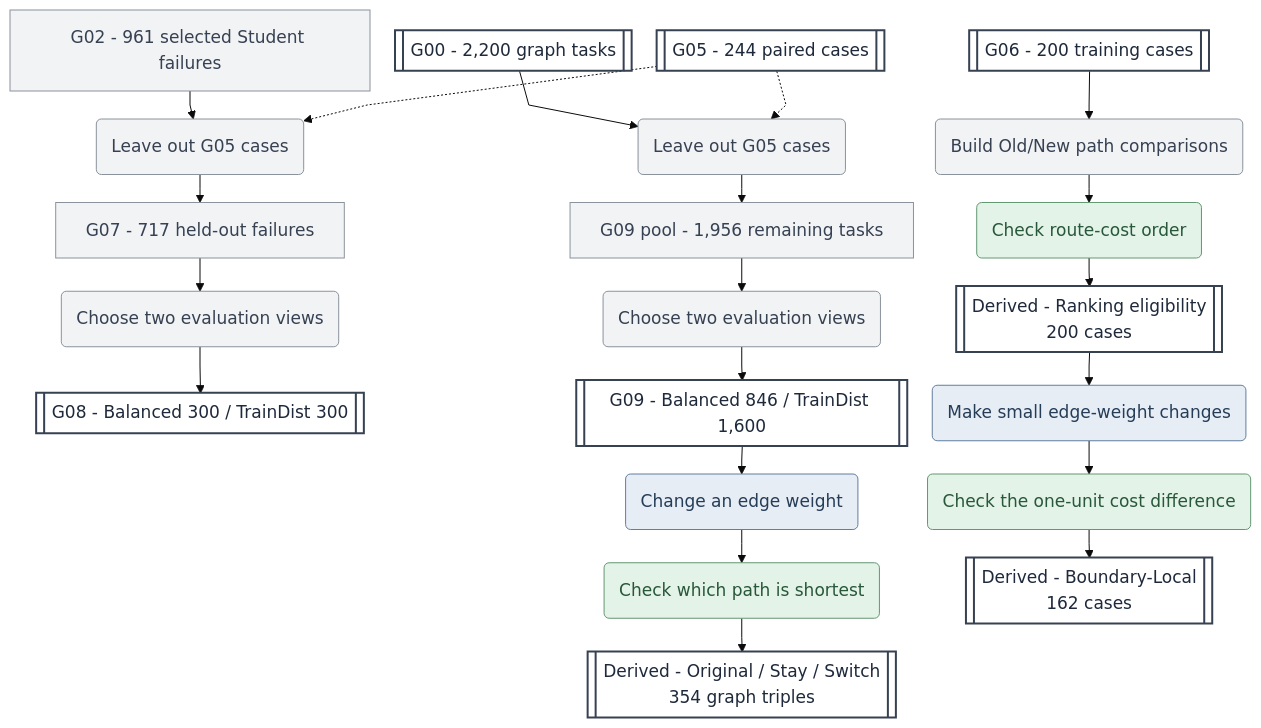
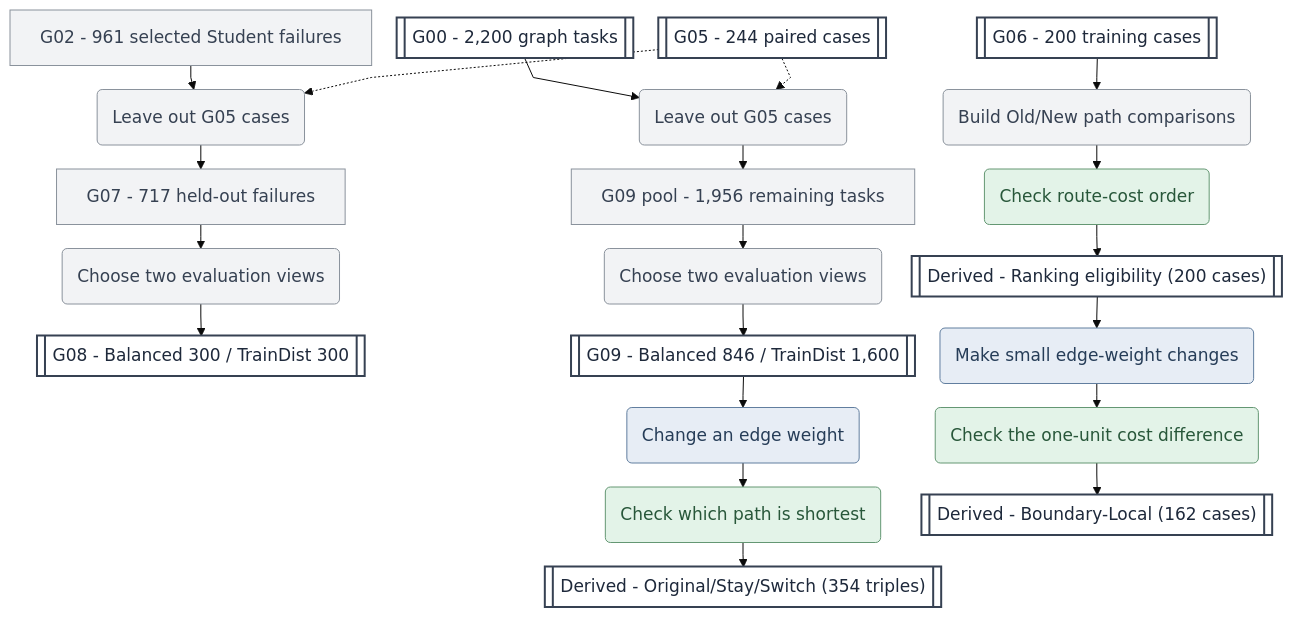
The second of 3 diagrams in README.md (MinervaCyy/PathFACT), drawn with Mermaid before and after one commit. The commit also changed other lines of this file, not shown here.

````diff
--- a/README.md
+++ b/README.md
@@ -112,50 +110,50 @@
 ```mermaid
-%%{init: {"theme": "base", "themeVariables": {"fontSize": "17px"}, "flowchart": {"htmlLabels": false, "curve": "linear", "nodeSpacing": 25, "rankSpacing": 28, "wrappingWidth": 300}}}%%
+%%{init: {"theme": "base", "themeVariables": {"fontSize": "17px"}, "flowchart": {"htmlLabels": false, "curve": "linear", "nodeSpacing": 25, "rankSpacing": 24, "wrappingWidth": 440}}}%%
 flowchart TB
     G02["G02 - 961 selected Student failures"]
     G00[["G00 - 2,200 graph tasks"]]
     G05[["G05 - 244 paired cases"]]
 
     REMOVE08("Leave out G05 cases")
     G07["G07 - 717 held-out failures"]
     PICK08("Choose two evaluation views")
     G08[["G08 - Balanced 300 / TrainDist 300"]]
 
     REMOVE09("Leave out G05 cases")
     POOL09["G09 pool - 1,956 remaining tasks"]
     PICK09("Choose two evaluation views")
     G09[["G09 - Balanced 846 / TrainDist 1,600"]]
 
     EDIT("Change an edge weight")
     CFCHECK("Check which path is shortest")
-    CF[["Derived - Original / Stay / Switch<br/>354 graph triples"]]
+    CF[["Derived - Original/Stay/Switch (354 triples)"]]
 
     TRAIN[["G06 - 200 training cases"]]
     PREFBUILD("Build Old/New path comparisons")
     PREFCHECK("Check route-cost order")
-    RANK[["Derived - Ranking eligibility<br/>200 cases"]]
+    RANK[["Derived - Ranking eligibility (200 cases)"]]
 
     LOCAL("Make small edge-weight changes")
     LOCALCHECK("Check the one-unit cost difference")
-    BOUND[["Derived - Boundary-Local<br/>162 cases"]]
+    BOUND[["Derived - Boundary-Local (162 cases)"]]
 
     G02 --> REMOVE08 --> G07 --> PICK08 --> G08
     G05 -.-> REMOVE08
 
     G00 --> REMOVE09 --> POOL09 --> PICK09 --> G09
     G05 -.-> REMOVE09
 
     G09 --> EDIT --> CFCHECK --> CF
     TRAIN --> PREFBUILD --> PREFCHECK --> RANK
     RANK --> LOCAL --> LOCALCHECK --> BOUND
 
     classDef generator fill:#E7EDF5,stroke:#617E9F,color:#263D58
     classDef verifier fill:#E3F3E8,stroke:#649773,color:#28573A
     classDef python fill:#F2F3F5,stroke:#8A929C,color:#364152
     classDef dataset fill:#FFFFFF,stroke:#364152,color:#1E293B,stroke-width:2px
 
     class EDIT,LOCAL generator
     class CFCHECK,PREFCHECK,LOCALCHECK verifier
     class G02,G07,POOL09,REMOVE08,REMOVE09,PICK08,PICK09,PREFBUILD python
     class G00,G05,G08,G09,TRAIN,CF,RANK,BOUND dataset
 ```
````
